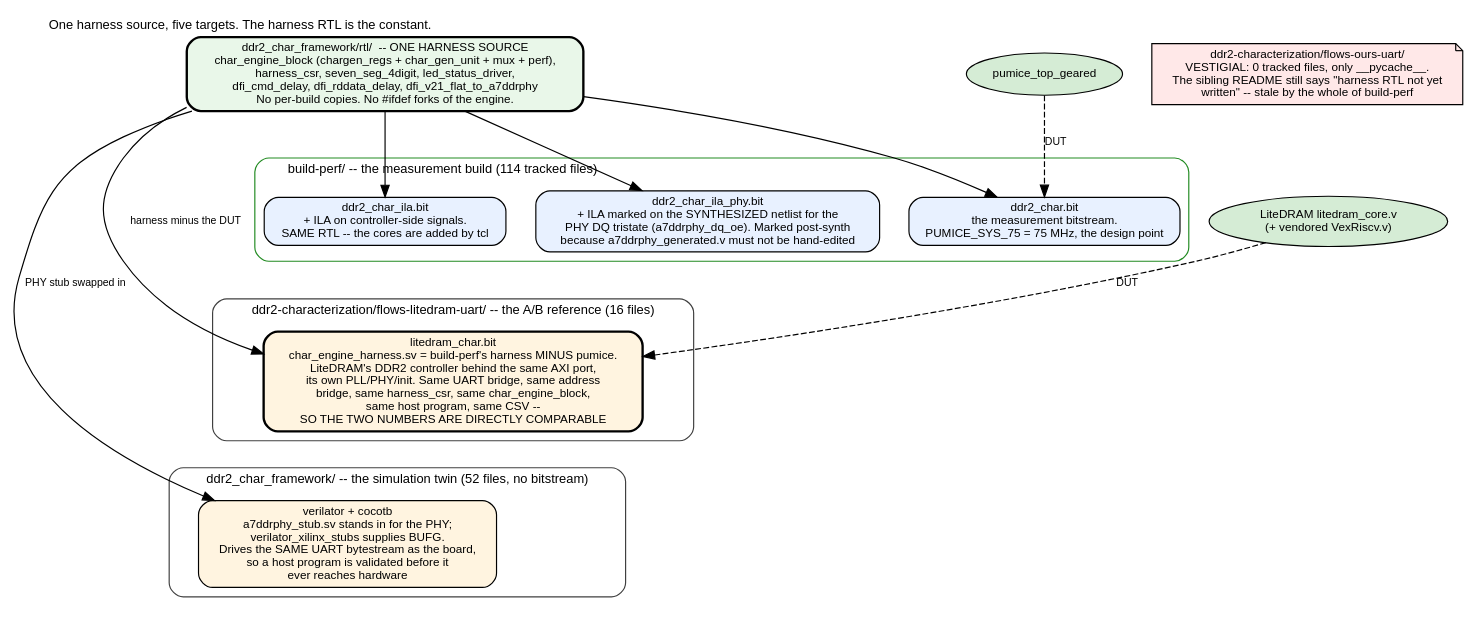
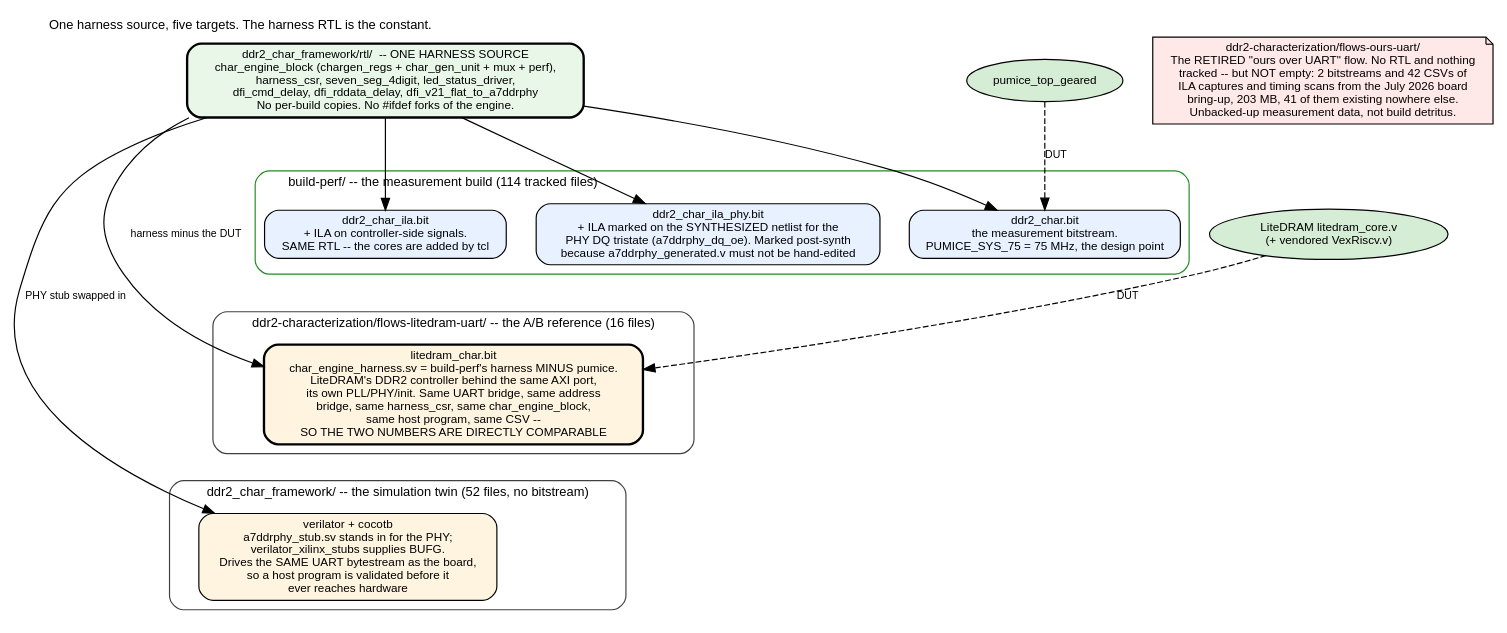
The diagram in projects/fpga-systems/NexysA7/pumice/docs/pumice_fpga_system/assets/graphviz/03_build_variants.dot (sean-galloway/RTLDesignSherpa), drawn with Graphviz before and after one commit. The commit also changed 7 other files, not shown here.

```diff
--- a/projects/fpga-systems/NexysA7/pumice/docs/pumice_fpga_system/assets/graphviz/03_build_variants.dot
+++ b/projects/fpga-systems/NexysA7/pumice/docs/pumice_fpga_system/assets/graphviz/03_build_variants.dot
@@ -1,43 +1,43 @@
 // One harness source, five things built from it. The point of the picture is
 // which box the HARNESS RTL sits in: it does not change per build.
 digraph build_variants {
     graph [rankdir=TB, fontname="Helvetica", fontsize=11, nodesep=0.35, ranksep=0.6,
            label="One harness source, five targets. The harness RTL is the constant.", labelloc=t, labeljust=l];
     node  [fontname="Helvetica", fontsize=10, shape=box, style="rounded,filled", fillcolor="#f4f4f4"];
     edge  [fontname="Helvetica", fontsize=9];
 
     src [label="ddr2_char_framework/rtl/  -- ONE HARNESS SOURCE\nchar_engine_block (chargen_regs + char_gen_unit + mux + perf),\nharness_csr, seven_seg_4digit, led_status_driver,\ndfi_cmd_delay, dfi_rddata_delay, dfi_v21_flat_to_a7ddrphy\nNo per-build copies. No #ifdef forks of the engine.", fillcolor="#e9f7e9", penwidth=2];
 
     subgraph cluster_board {
         label="build-perf/ -- the measurement build (114 tracked files)"; style="rounded"; color="#228B22";
         b1 [label="ddr2_char.bit\nthe measurement bitstream.\nPUMICE_SYS_75 = 75 MHz, the design point", fillcolor="#e8f1ff"];
         b2 [label="ddr2_char_ila.bit\n+ ILA on controller-side signals.\nSAME RTL -- the cores are added by tcl", fillcolor="#e8f1ff"];
         b3 [label="ddr2_char_ila_phy.bit\n+ ILA marked on the SYNTHESIZED netlist for the\nPHY DQ tristate (a7ddrphy_dq_oe). Marked post-synth\nbecause a7ddrphy_generated.v must not be hand-edited", fillcolor="#e8f1ff"];
     }
 
     subgraph cluster_ab {
         label="ddr2-characterization/flows-litedram-uart/ -- the A/B reference (16 files)"; style="rounded"; color="#404040";
         lite [label="litedram_char.bit\nchar_engine_harness.sv = build-perf's harness MINUS pumice.\nLiteDRAM's DDR2 controller behind the same AXI port,\nits own PLL/PHY/init. Same UART bridge, same address\nbridge, same harness_csr, same char_engine_block,\nsame host program, same CSV --\nSO THE TWO NUMBERS ARE DIRECTLY COMPARABLE", fillcolor="#fff4e0", penwidth=2];
     }
 
     subgraph cluster_sim {
         label="ddr2_char_framework/ -- the simulation twin (52 files, no bitstream)"; style="rounded"; color="#404040";
         sim [label="verilator + cocotb\na7ddrphy_stub.sv stands in for the PHY;\nverilator_xilinx_stubs supplies BUFG.\nDrives the SAME UART bytestream as the board,\nso a host program is validated before it\never reaches hardware", fillcolor="#fff4e0"];
     }
 
-    vestige [label="ddr2-characterization/flows-ours-uart/\nVESTIGIAL: 0 tracked files, only __pycache__.\nThe sibling README still says \"harness RTL not yet\nwritten\" -- stale by the whole of build-perf", shape=note, fillcolor="#ffe8e8"];
+    vestige [label="ddr2-characterization/flows-ours-uart/\nThe RETIRED \"ours over UART\" flow. No RTL and nothing\ntracked -- but NOT empty: 2 bitstreams and 42 CSVs of\nILA captures and timing scans from the July 2026 board\nbring-up, 203 MB, 41 of them existing nowhere else.\nUnbacked-up measurement data, not build detritus.", shape=note, fillcolor="#ffe8e8"];
 
     src -> b1; src -> b2; src -> b3;
     src -> lite [label="harness minus the DUT"];
     src -> sim  [label="PHY stub swapped in"];
 
     // Invisible edges only, to stack the clusters top-to-bottom. Placed
     // side by side, dot rendered this 6.8:1 -- a strip the page scaler
     // squashes to an unreadable sliver.
     b3 -> lite [style=invis];
     lite -> sim [style=invis];
 
     dutp [label="pumice_top_geared", shape=ellipse, fillcolor="#d5ecd5"];
     dutl [label="LiteDRAM litedram_core.v\n(+ vendored VexRiscv.v)", shape=ellipse, fillcolor="#d5ecd5"];
     dutp -> b1 [style=dashed, label="DUT"]; dutl -> lite [style=dashed, label="DUT"];
 }
```
